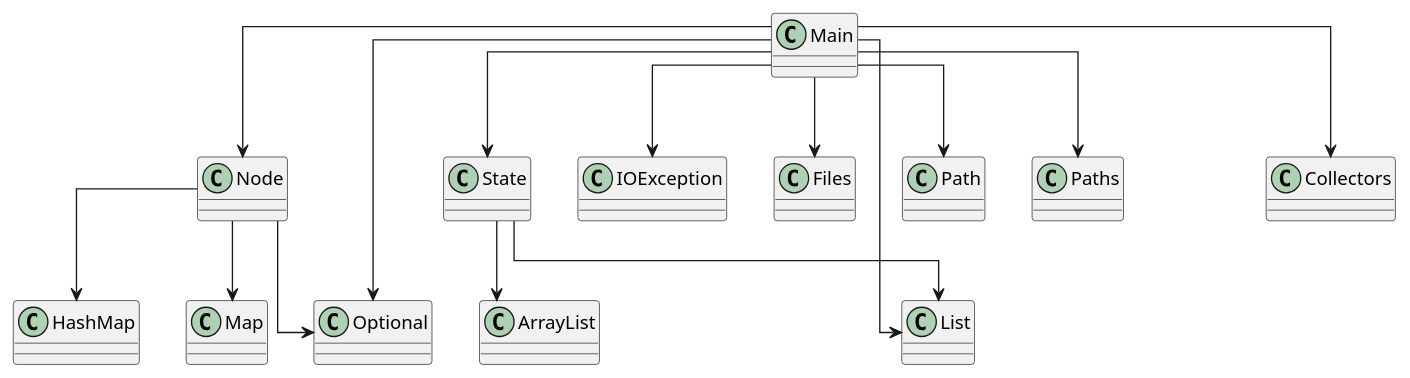
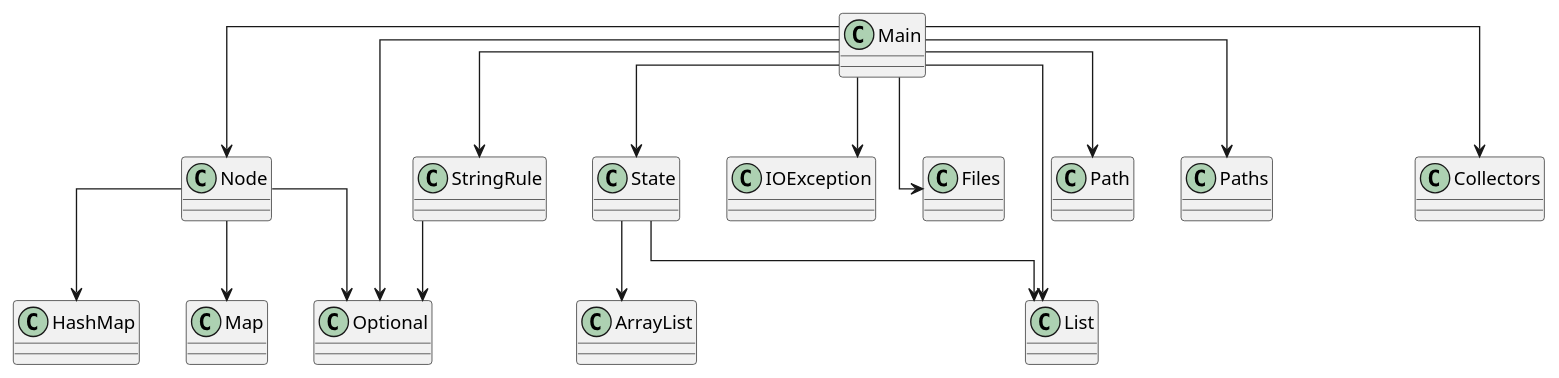
Before and after one commit to SirMathhman/Magma: the diagram in diagram.puml, drawn with PlantUML. The commit also changed 2 other files, not shown here.

Commit message:
StringRule

```diff
--- a/diagram.puml
+++ b/diagram.puml
@@ -1,20 +1,23 @@
 @startuml
 skinparam linetype ortho
 Node --> HashMap
 Node --> Map
 Node --> Optional
 class Node
 Main --> Node
 Main --> State
+Main --> StringRule
 Main --> IOException
 Main --> Files
 Main --> Path
 Main --> Paths
 Main --> List
 Main --> Optional
 Main --> Collectors
 class Main
+StringRule --> Optional
+class StringRule
 State --> ArrayList
 State --> List
 class State
 @enduml
```
